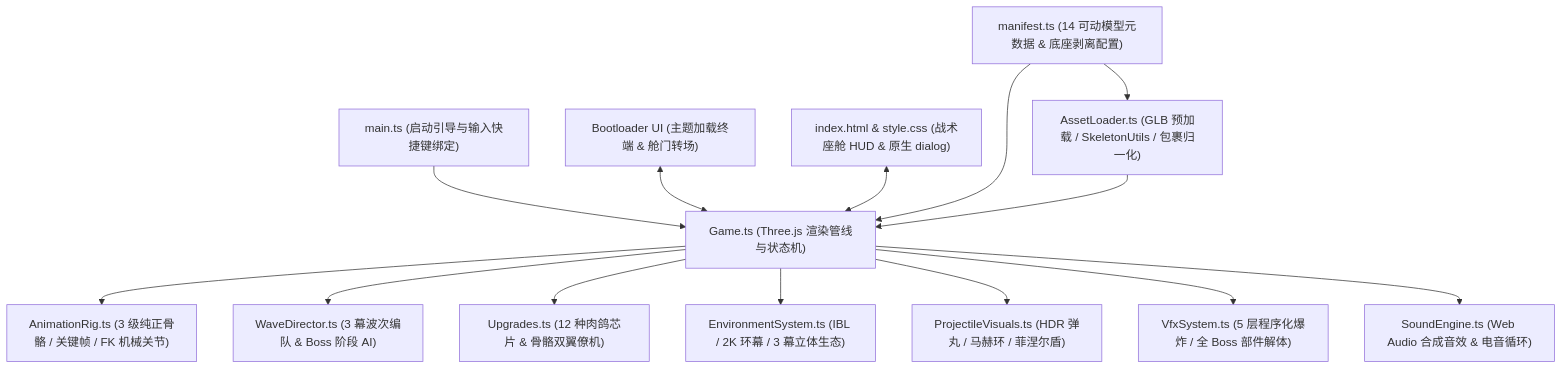
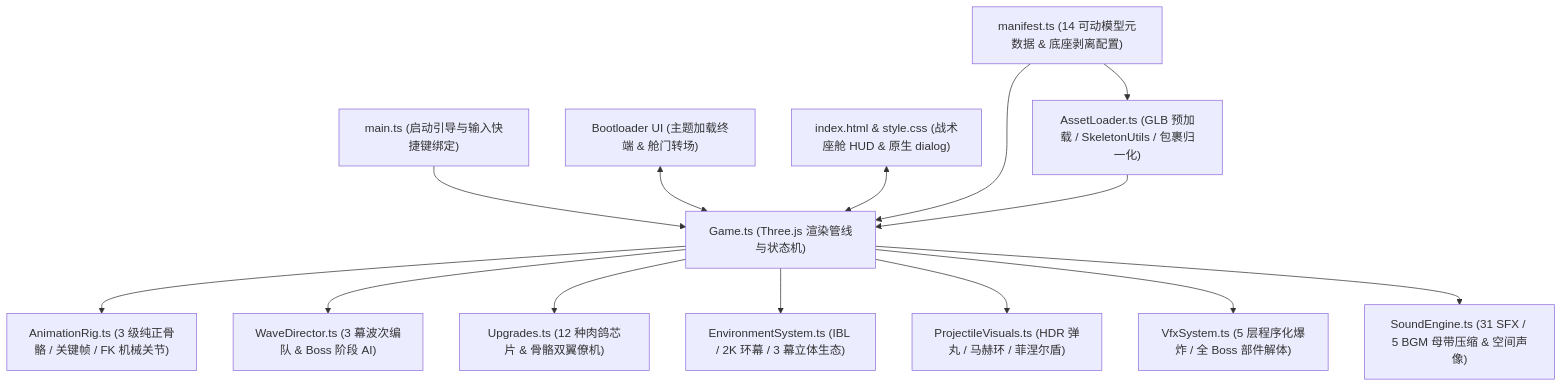
One commit to yuanyang749/starforge-3d changed the diagram in PLAN.md. Above: the diagram before and after it, drawn with Mermaid. The commit also changed other lines of this file and 62 other files, not shown here.

````diff
--- a/PLAN.md
+++ b/PLAN.md
@@ -32,16 +33,16 @@
 ```mermaid
 flowchart TD
     Entry["main.ts (启动引导与输入快捷键绑定)"] --> Game["Game.ts (Three.js 渲染管线与状态机)"]
     Boot["Bootloader UI (主题加载终端 & 舱门转场)"] <--> Game
     UI["index.html & style.css (战术座舱 HUD & 原生 dialog)"] <--> Game
     Manifest["manifest.ts (14 可动模型元数据 & 底座剥离配置)"] --> Loader["AssetLoader.ts (GLB 预加载 / SkeletonUtils / 包裹归一化)"]
     Manifest --> Game
     Loader --> Game
     Game --> Rig["AnimationRig.ts (3 级纯正骨骼 / 关键帧 / FK 机械关节)"]
     Game --> Director["WaveDirector.ts (3 幕波次编队 & Boss 阶段 AI)"]
     Game --> Upgrades["Upgrades.ts (12 种肉鸽芯片 & 骨骼双翼僚机)"]
     Game --> Env["EnvironmentSystem.ts (IBL / 2K 环幕 / 3 幕立体生态)"]
     Game --> ProjVFX["ProjectileVisuals.ts (HDR 弹丸 / 马赫环 / 菲涅尔盾)"]
     Game --> VFX["VfxSystem.ts (5 层程序化爆炸 / 全 Boss 部件解体)"]
-    Game --> Audio["SoundEngine.ts (Web Audio 合成音效 & 电音循环)"]
+    Game --> Audio["SoundEngine.ts (31 SFX / 5 BGM 母带压缩 & 空间声像)"]
 ```
````
